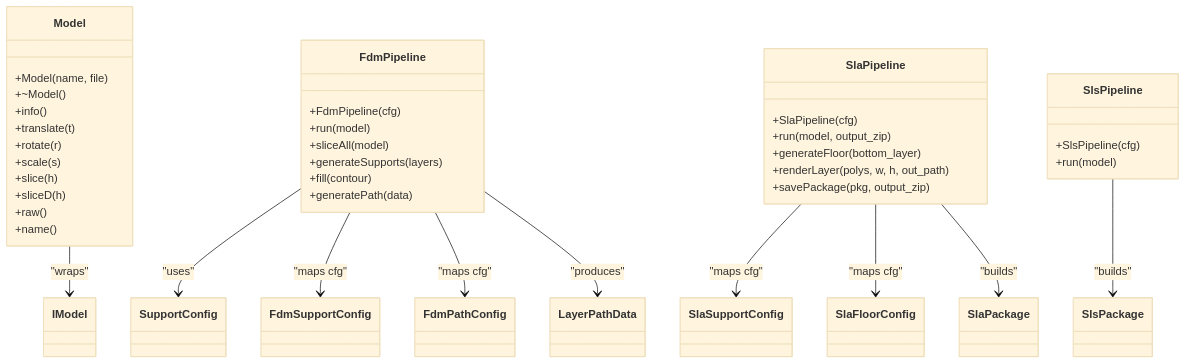
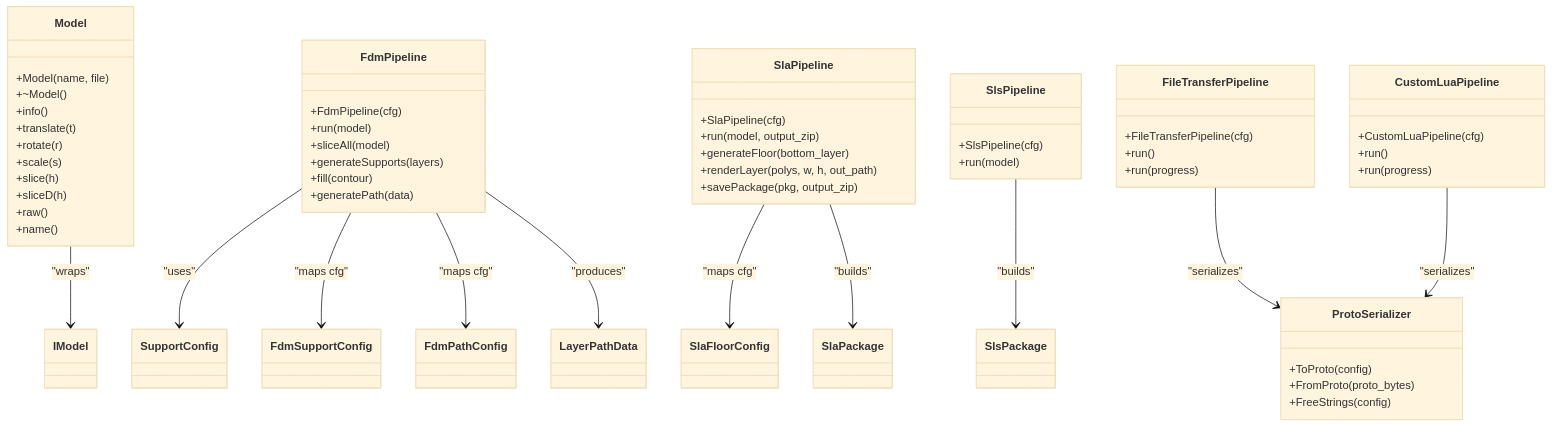
One commit to hsmbanlance/HsBaSlicer changed the second of 9 diagrams in .qoder/repowiki/en/content/Core Architecture/Pipeline Types Abstraction.md. Above: the diagram before and after it, drawn with Mermaid (base theme). The commit also changed other lines of this file and 14 other files, not shown here.

````diff
--- a/.qoder/repowiki/en/content/Core Architecture/Pipeline Types Abstraction.md
+++ b/.qoder/repowiki/en/content/Core Architecture/Pipeline Types Abstraction.md
@@ -122,51 +159,66 @@
 ```mermaid
 classDiagram
 class Model {
 +Model(name, file)
 +~Model()
 +info()
 +translate(t)
 +rotate(r)
 +scale(s)
 +slice(h)
 +sliceD(h)
 +raw()
 +name()
 }
 class FdmPipeline {
 +FdmPipeline(cfg)
 +run(model)
 +sliceAll(model)
 +generateSupports(layers)
 +fill(contour)
 +generatePath(data)
 }
 class SlaPipeline {
 +SlaPipeline(cfg)
 +run(model, output_zip)
 +generateFloor(bottom_layer)
 +renderLayer(polys, w, h, out_path)
 +savePackage(pkg, output_zip)
 }
 class SlsPipeline {
 +SlsPipeline(cfg)
 +run(model)
 }
+class FileTransferPipeline {
++FileTransferPipeline(cfg)
++run()
++run(progress)
+}
+class CustomLuaPipeline {
++CustomLuaPipeline(cfg)
++run()
++run(progress)
+}
+class ProtoSerializer {
++ToProto(config)
++FromProto(proto_bytes)
++FreeStrings(config)
+}
 class SupportConfig
 class FdmSupportConfig
-class SlaSupportConfig
 class FdmPathConfig
 class LayerPathData
 class SlaFloorConfig
 class SlaPackage
 class SlsPackage
 FdmPipeline --> SupportConfig : "uses"
 FdmPipeline --> FdmSupportConfig : "maps cfg"
 FdmPipeline --> FdmPathConfig : "maps cfg"
 FdmPipeline --> LayerPathData : "produces"
-SlaPipeline --> SlaSupportConfig : "maps cfg"
 SlaPipeline --> SlaFloorConfig : "maps cfg"
 SlaPipeline --> SlaPackage : "builds"
 SlsPipeline --> SlsPackage : "builds"
+FileTransferPipeline --> ProtoSerializer : "serializes"
+CustomLuaPipeline --> ProtoSerializer : "serializes"
 Model --> IModel : "wraps"
 ```
````
